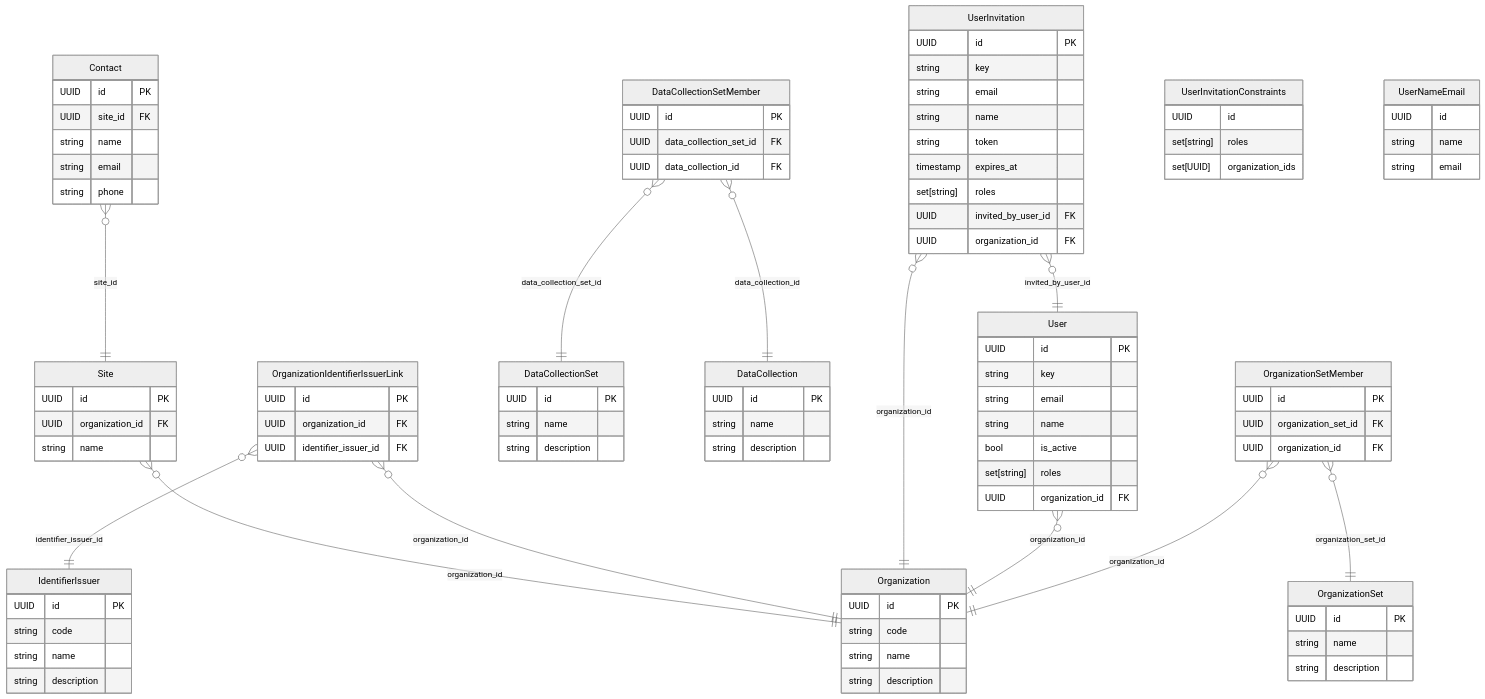
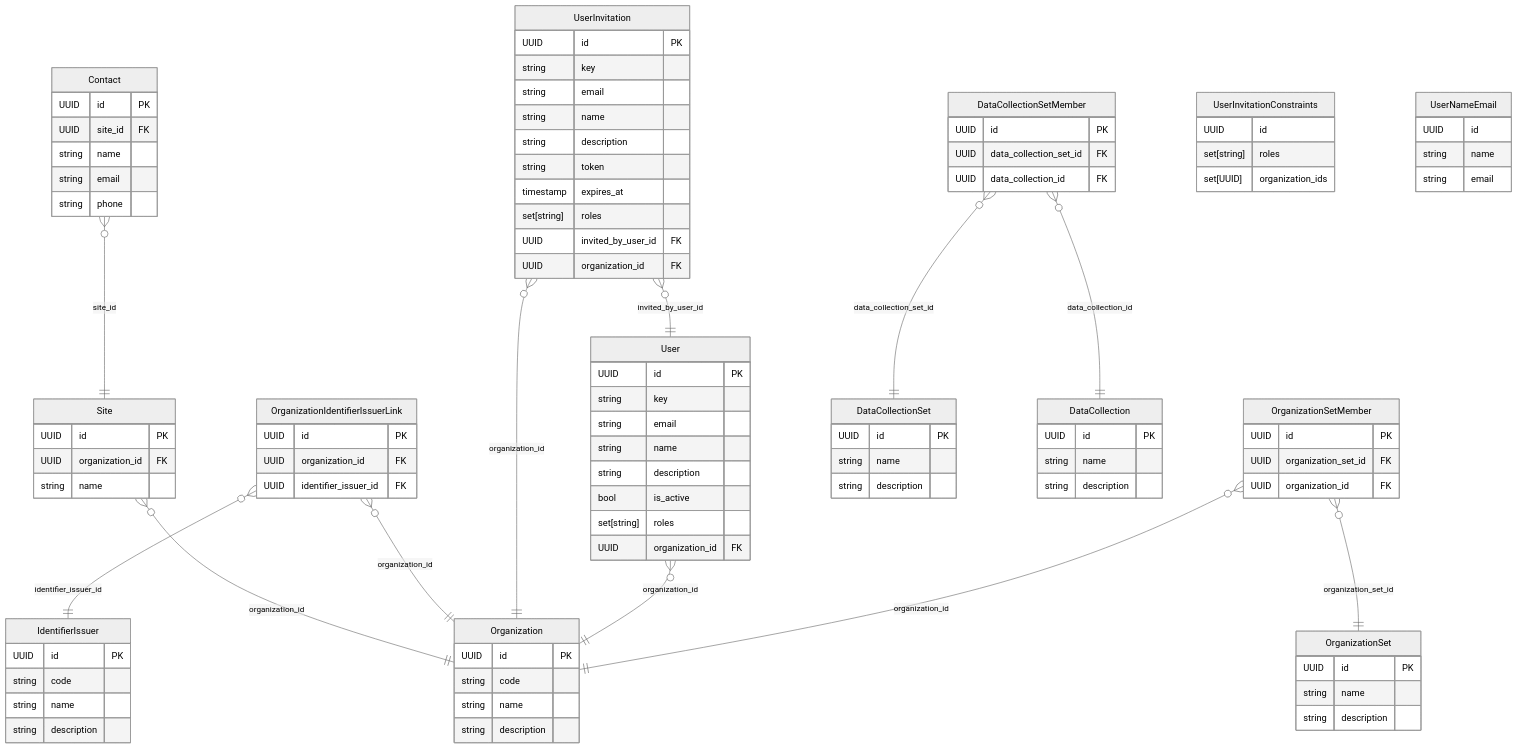
One commit to RIVM-bioinformatics/gen-epix-api changed the diagram in docs/erm/omopdb.organization.detailed.md. Above: the diagram before and after it, drawn with Mermaid (neutral theme). The commit also changed 40 other files, not shown here.

Commit message:
refactor: commondb config parsing (type verification) expanded chore: regenerated ERM diagrams

````diff
--- a/docs/erm/omopdb.organization.detailed.md
+++ b/docs/erm/omopdb.organization.detailed.md
@@ -11,15 +11,21 @@
     Contact }o--|| Site : "site_id"
     OrganizationIdentifierIssuerLink }o--|| Organization : "organization_id"
     OrganizationIdentifierIssuerLink }o--|| IdentifierIssuer : "identifier_issuer_id"
-    DataCollectionSetMember }o--|| DataCollectionSet : "data_collection_set_id"
-    DataCollectionSetMember }o--|| DataCollection : "data_collection_id"
     UserInvitation }o--|| Organization : "organization_id"
     UserInvitation }o--|| User : "invited_by_user_id"
     User }o--|| Organization : "organization_id"
     OrganizationSetMember }o--|| OrganizationSet : "organization_set_id"
     OrganizationSetMember }o--|| Organization : "organization_id"
+    DataCollectionSetMember }o--|| DataCollectionSet : "data_collection_set_id"
+    DataCollectionSetMember }o--|| DataCollection : "data_collection_id"
 
     %% Entity definitions
+    DataCollection {
+        UUID id PK
+        string name
+        string description
+    }
+
     Site {
         UUID id PK
         UUID organization_id FK
@@ -32,6 +38,61 @@
         string name
         string email
         string phone
+    }
+
+    OrganizationIdentifierIssuerLink {
+        UUID id PK
+        UUID organization_id FK
+        UUID identifier_issuer_id FK
+    }
+
+    UserInvitationConstraints {
+        UUID id
+        set[string] roles
+        set[UUID] organization_ids
+    }
+
+    IdentifierIssuer {
+        UUID id PK
+        string code
+        string name
+        string description
+    }
+
+    UserInvitation {
+        UUID id PK
+        string key
+        string email
+        string name
+        string description
+        string token
+        timestamp expires_at
+        set[string] roles
+        UUID invited_by_user_id FK
+        UUID organization_id FK
+    }
+
+    User {
+        UUID id PK
+        string key
+        string email
+        string name
+        string description
+        bool is_active
+        set[string] roles
+        UUID organization_id FK
+    }
+
+    DataCollectionSet {
+        UUID id PK
+        string name
+        string description
+    }
+
+    OrganizationSetMember {
+        UUID id PK
+        UUID organization_set_id FK
+        UUID organization_id FK
     }
 
     Organization {
@@ -47,46 +108,10 @@
         string description
     }
 
-    OrganizationIdentifierIssuerLink {
-        UUID id PK
-        UUID organization_id FK
-        UUID identifier_issuer_id FK
-    }
-
-    UserInvitationConstraints {
-        UUID id
-        set[string] roles
-        set[UUID] organization_ids
-    }
-
     DataCollectionSetMember {
         UUID id PK
         UUID data_collection_set_id FK
         UUID data_collection_id FK
-    }
-
-    DataCollectionSet {
-        UUID id PK
-        string name
-        string description
-    }
-
-    UserInvitation {
-        UUID id PK
-        string key
-        string email
-        string name
-        string token
-        timestamp expires_at
-        set[string] roles
-        UUID invited_by_user_id FK
-        UUID organization_id FK
-    }
-
-    DataCollection {
-        UUID id PK
-        string name
-        string description
     }
 
     UserNameEmail {
@@ -95,27 +120,4 @@
         string email
     }
 
-    User {
-        UUID id PK
-        string key
-        string email
-        string name
-        bool is_active
-        set[string] roles
-        UUID organization_id FK
-    }
-
-    OrganizationSetMember {
-        UUID id PK
-        UUID organization_set_id FK
-        UUID organization_id FK
-    }
-
-    IdentifierIssuer {
-        UUID id PK
-        string code
-        string name
-        string description
-    }
-
 ```
````
